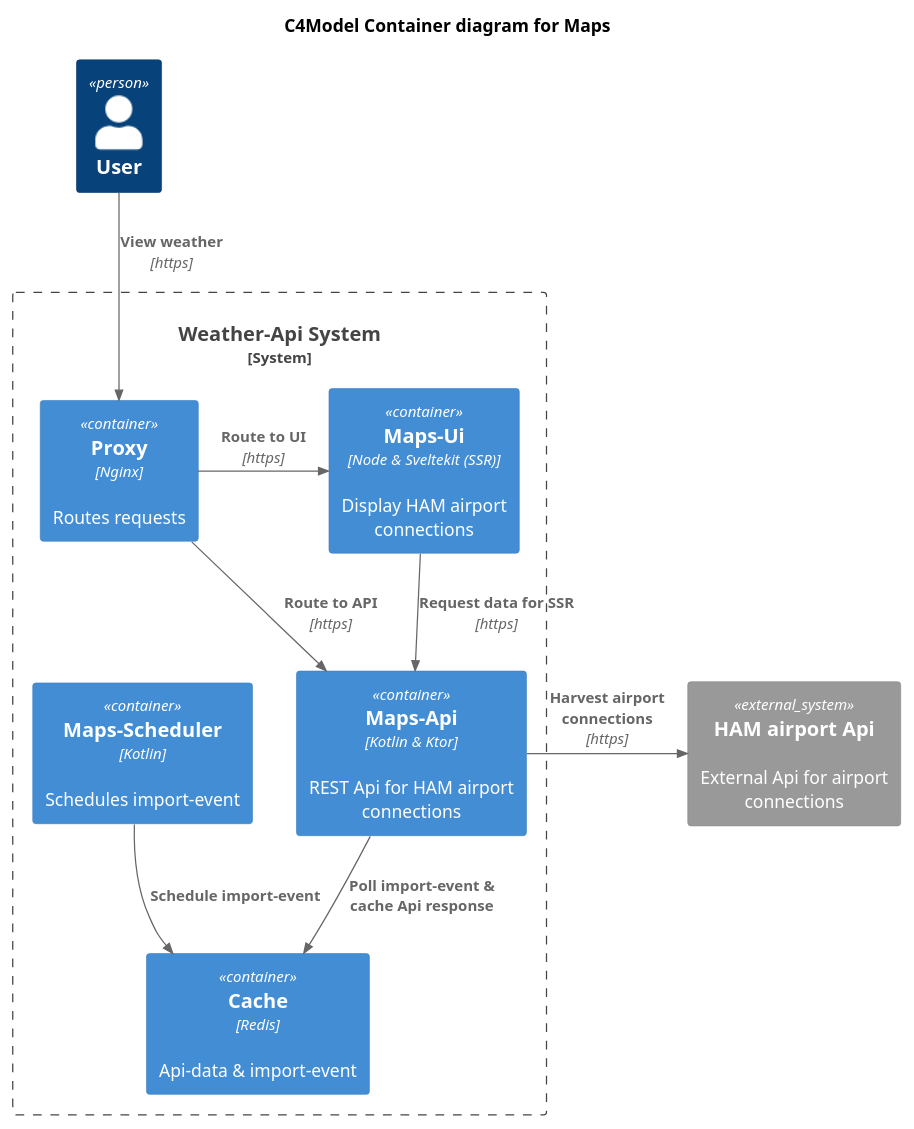
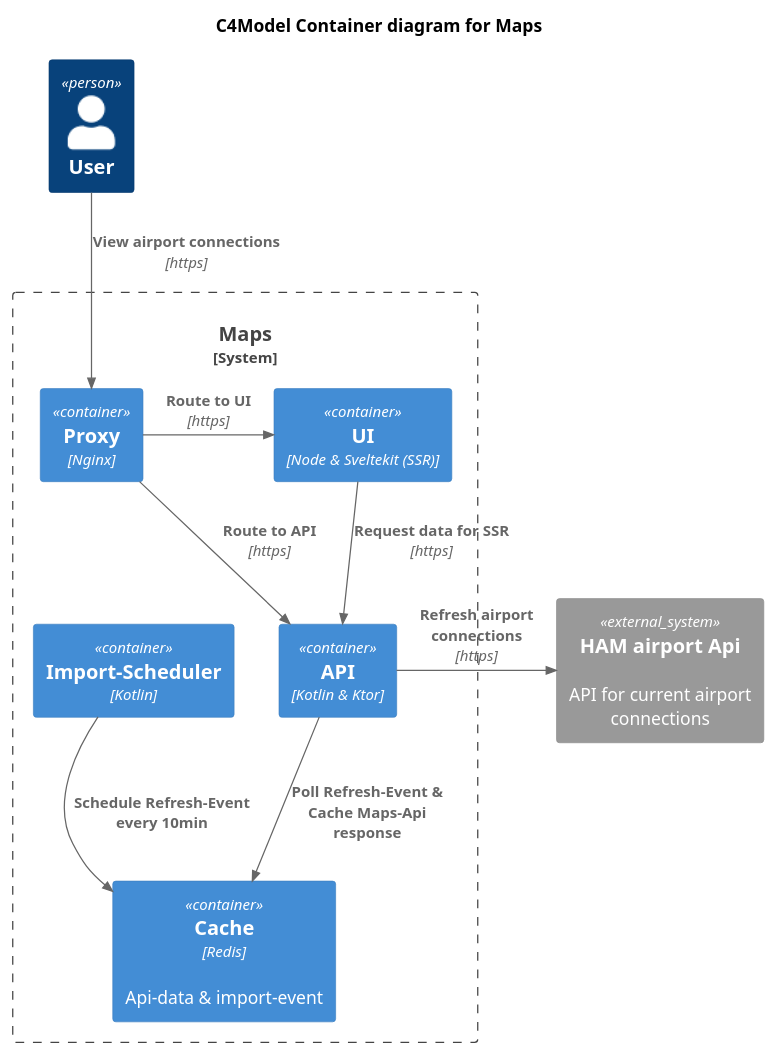
One commit to OskarWestmeijer/flights changed the diagram in docs/c4_container.puml. Above: the diagram before and after it, drawn with PlantUML. The commit also changed 8 other files, not shown here.

Commit message:
feat: simplify scheduling, update architecture diagram

```diff
--- a/docs/c4_container.puml
+++ b/docs/c4_container.puml
@@ -1,28 +1,28 @@
 @startuml C4_Elements
 
 !include https://raw.githubusercontent.com/plantuml-stdlib/C4-PlantUML/master/C4_Container.puml
 
 title C4Model Container diagram for Maps
 
 Person(user, "User")
 
-System_Boundary(weatherSystem, "Weather-Api System") {
-    Container(nginx_proxy, "Proxy", "Nginx", $descr="Routes requests")
-    Container(maps_api, "Maps-Api", "Kotlin & Ktor", $descr="REST Api for HAM airport connections")
-    Container(maps_scheduler, "Maps-Scheduler", "Kotlin", $descr="Schedules import-event")
+System_Boundary(weatherSystem, "Maps") {
+    Container(nginx_proxy, "Proxy", "Nginx")
+    Container(maps_api, "API", "Kotlin & Ktor")
+    Container(maps_scheduler, "Import-Scheduler", "Kotlin")
     Container(maps_cache, "Cache", "Redis", $descr="Api-data & import-event")
-    Container(maps_ui, "Maps-Ui", "Node & Sveltekit (SSR)", $descr="Display HAM airport connections")
+    Container(maps_ui, "UI", "Node & Sveltekit (SSR)")
 }
-System_Ext(ham_api, "HAM airport Api", "External Api for airport connections")
+System_Ext(ham_api, "HAM airport Api", "API for current airport connections")
 
 
-Rel(user, nginx_proxy, "View weather", "https")
+Rel(user, nginx_proxy, "View airport connections", "https")
 Rel_R(nginx_proxy, maps_ui, "Route to UI", "https")
 Rel_D(nginx_proxy, maps_api, "Route to API", "https")
 Rel(maps_ui, maps_api, "Request data for SSR", "https")
-Rel(maps_api, maps_cache, "Poll import-event & cache Api response")
-Rel(maps_scheduler, maps_cache, "Schedule import-event")
-Rel_R(maps_api, ham_api, "Harvest airport connections", "https")
+Rel(maps_api, maps_cache, "Poll Refresh-Event & Cache Maps-Api response")
+Rel(maps_scheduler, maps_cache, "Schedule Refresh-Event every 10min")
+Rel_R(maps_api, ham_api, "Refresh airport connections", "https")
 
 LAYOUT_TOP_DOWN()
 @enduml
```
